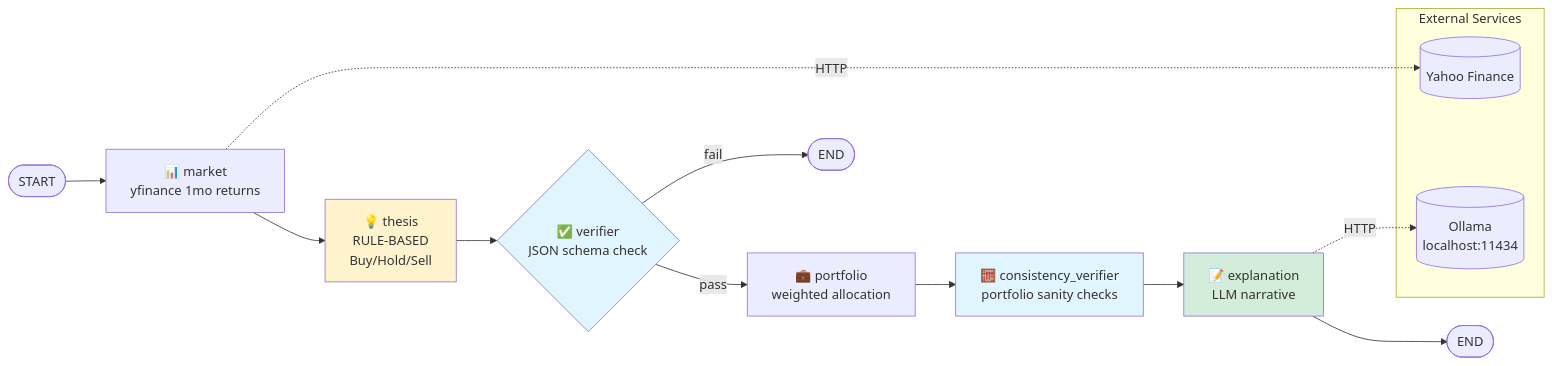
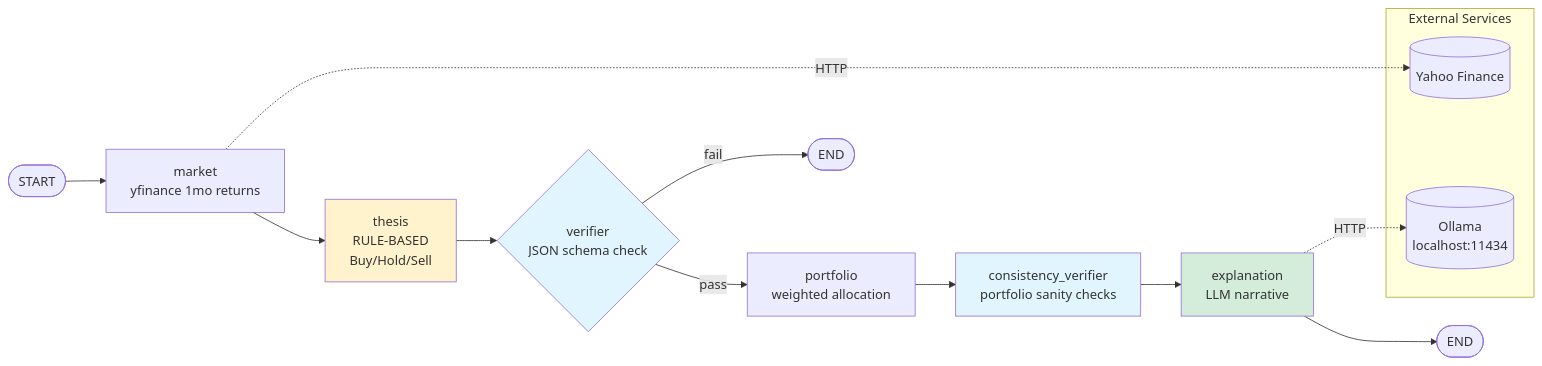
Before and after one commit to rohanksingh/equity_research_multiagent: the diagram in docs/README.md, drawn with Mermaid. The commit also changed other lines of this file and 1 other file, not shown here.

Commit message:
readme and architecture update

````diff
--- a/docs/README.md
+++ b/docs/README.md
@@ -33,25 +33,25 @@
 ```mermaid
 flowchart LR
-    Start([START]) --> Market["📊 market<br/>yfinance 1mo returns"]
-    Market --> Thesis["💡 thesis<br/>RULE-BASED<br/>Buy/Hold/Sell"]
-    Thesis --> Verifier{"✅ verifier<br/>JSON schema check"}
-    Verifier -->|pass| Portfolio["💼 portfolio<br/>weighted allocation"]
+    Start([START]) --> Market[" market<br/>yfinance 1mo returns"]
+    Market --> Thesis[" thesis<br/>RULE-BASED<br/>Buy/Hold/Sell"]
+    Thesis --> Verifier{" verifier<br/>JSON schema check"}
+    Verifier -->|pass| Portfolio[" portfolio<br/>weighted allocation"]
     Verifier -->|fail| End1([END])
 
-    Portfolio --> Consistency["🧮 consistency_verifier<br/>portfolio sanity checks"]
-    Consistency --> Explanation["📝 explanation<br/>LLM narrative"]
+    Portfolio --> Consistency[" consistency_verifier<br/>portfolio sanity checks"]
+    Consistency --> Explanation[" explanation<br/>LLM narrative"]
     Explanation --> End2([END])
 
     subgraph External["External Services"]
         YF[(Yahoo Finance)]
         OL[(Ollama<br/>localhost:11434)]
     end
 
     Market -.HTTP.-> YF
     Explanation -.HTTP.-> OL
 
     style Thesis fill:#fff3cd
     style Explanation fill:#d4edda
     style Verifier fill:#e1f5ff
     style Consistency fill:#e1f5ff
 ```
````
